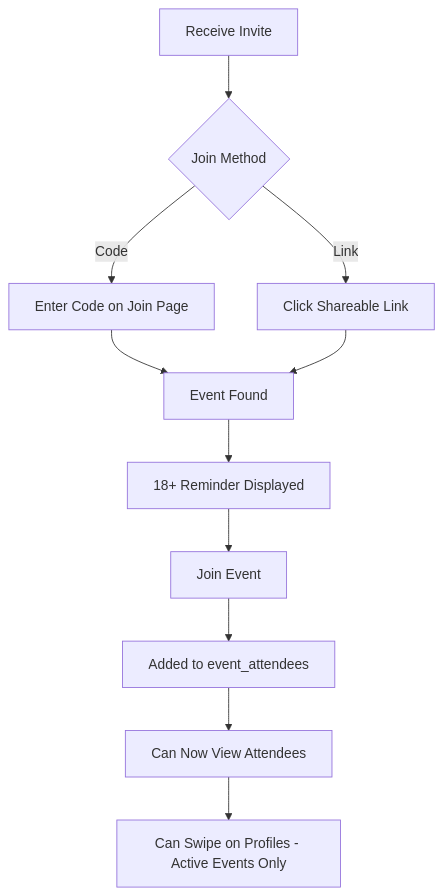
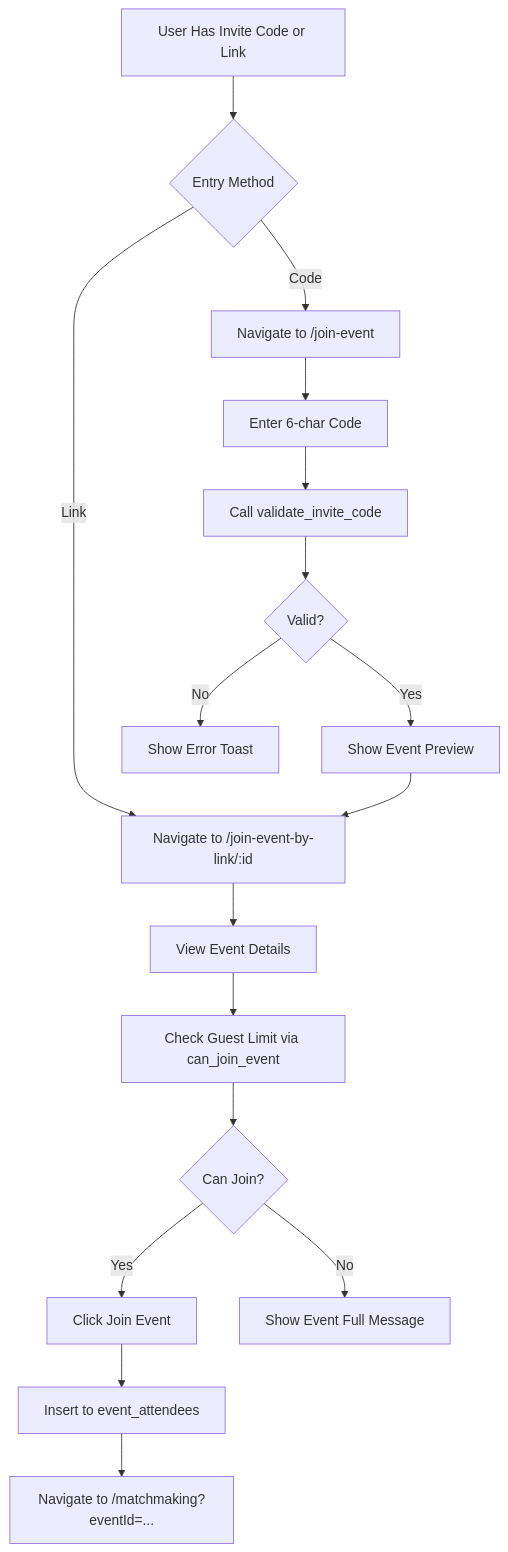
Before and after one commit to ketochiesesoyyo/konfetti-capacitor-integration: the fifth of 12 diagrams in PRODUCT_REQUIREMENTS_DOCUMENT.md, drawn with Mermaid. The commit also changed other lines of this file, not shown here.

````diff
--- a/PRODUCT_REQUIREMENTS_DOCUMENT.md
+++ b/PRODUCT_REQUIREMENTS_DOCUMENT.md
@@ -1194,13 +3267,19 @@
 ```mermaid
 graph TD
-    A[Receive Invite] --> B{Join Method}
-    B --> |Code| C[Enter Code on Join Page]
-    B --> |Link| D[Click Shareable Link]
-    C --> E[Event Found]
-    D --> E
-    E --> F[18+ Reminder Displayed]
-    F --> G[Join Event]
-    G --> H[Added to event_attendees]
-    H --> I[Can Now View Attendees]
-    I --> J[Can Swipe on Profiles - Active Events Only]
+    A[User Has Invite Code or Link] --> B{Entry Method}
+    B -->|Code| C[Navigate to /join-event]
+    B -->|Link| D[Navigate to /join-event-by-link/:id]
+    C --> E[Enter 6-char Code]
+    E --> F[Call validate_invite_code]
+    F --> G{Valid?}
+    G -->|Yes| H[Show Event Preview]
+    G -->|No| I[Show Error Toast]
+    H --> D
+    D --> J[View Event Details]
+    J --> K[Check Guest Limit via can_join_event]
+    K --> L{Can Join?}
+    L -->|Yes| M[Click Join Event]
+    L -->|No| N[Show Event Full Message]
+    M --> O[Insert to event_attendees]
+    O --> P[Navigate to /matchmaking?eventId=...]
 ```
````
